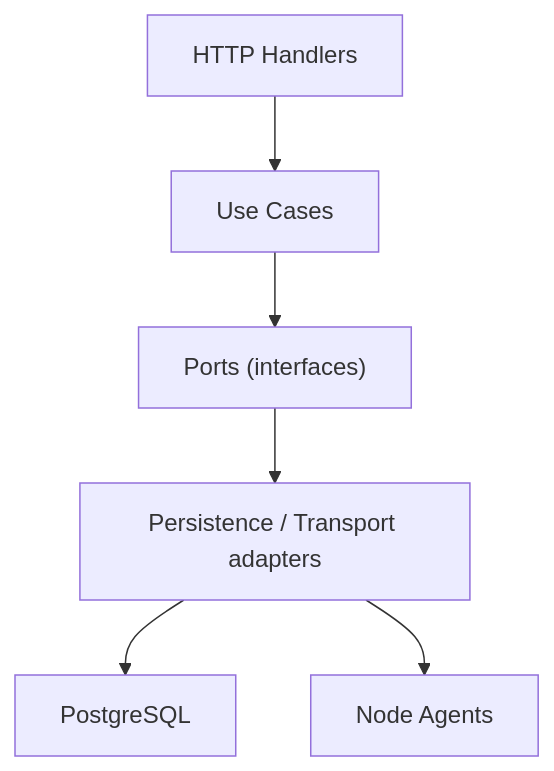
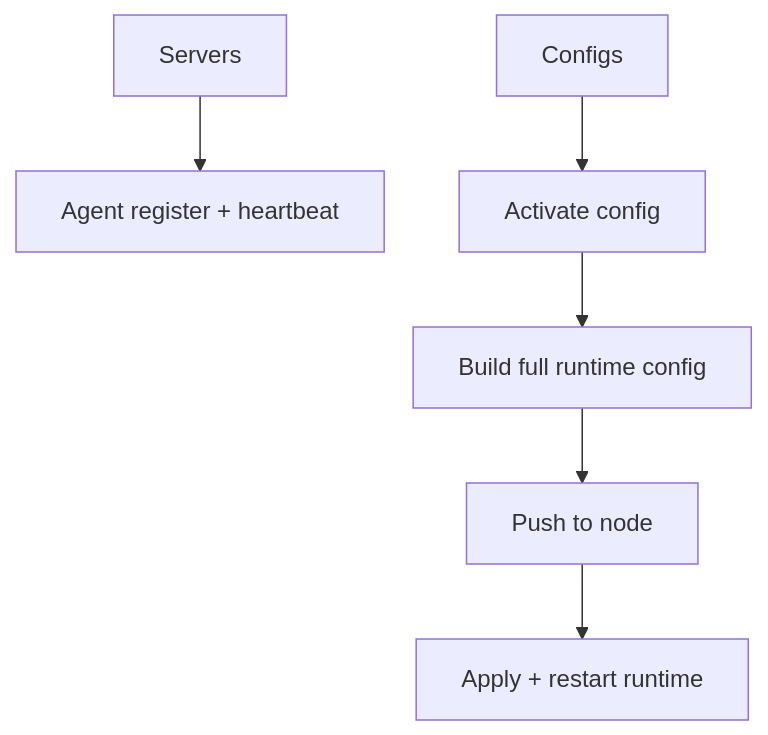
One commit to wester11/v-ui changed the second of 2 diagrams in README.md. Above: the diagram before and after it, drawn with Mermaid. The commit also changed other lines of this file and 38 other files, not shown here.

Commit message:
feat: split servers/configs and add auto node onboarding flow

````diff
--- a/README.md
+++ b/README.md
@@ -121,8 +105,8 @@
 ```mermaid
 flowchart TD
-  H["HTTP Handlers"] --> U["Use Cases"]
-  U --> P["Ports (interfaces)"]
-  P --> R["Persistence / Transport adapters"]
-  R --> DB["PostgreSQL"]
-  R --> AG["Node Agents"]
+  S["Servers"] --> A["Agent register + heartbeat"]
+  C["Configs"] --> D["Activate config"]
+  D --> R["Build full runtime config"]
+  R --> P["Push to node"]
+  P --> X["Apply + restart runtime"]
 ```
````
